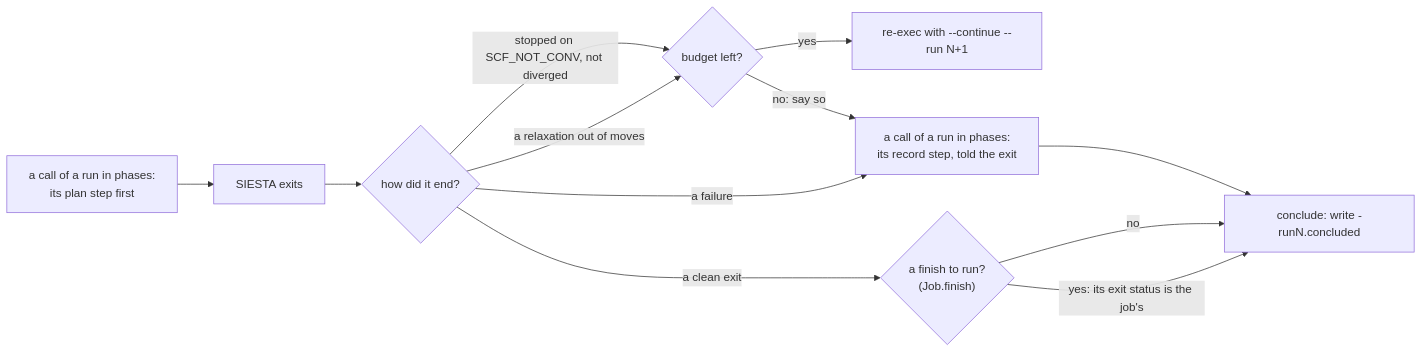
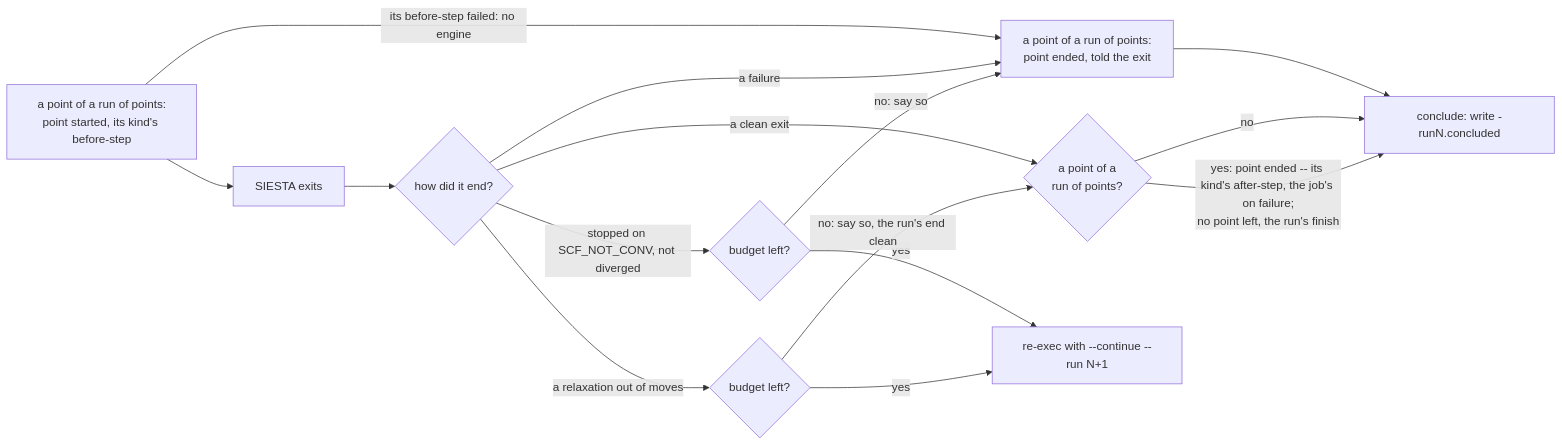
Before and after one commit to Qing-LAB/molbuilder: the second of 6 diagrams in docs/execution/running-a-job.md, drawn with Mermaid. The commit also changed other lines of this file and 55 other files, not shown here.

First line of the commit message:
2.55.0: one run of points

````diff
--- a/docs/execution/running-a-job.md
+++ b/docs/execution/running-a-job.md
@@ -573,14 +576,17 @@
 ```mermaid
 flowchart LR
-    P["a call of a run in phases:<br/>its plan step first"] --> X["SIESTA exits"]
+    P["a point of a run of points:<br/>point started, its kind's before-step"] --> X["SIESTA exits"]
+    P -->|"its before-step failed: no engine"| S
     X --> Q{"how did it end?"}
     Q -->|"stopped on SCF_NOT_CONV, not diverged"| B{"budget left?"}
-    Q -->|"a relaxation out of moves"| B
-    Q -->|"a failure"| S["a call of a run in phases:<br/>its record step, told the exit"]
+    Q -->|"a relaxation out of moves"| B2{"budget left?"}
+    Q -->|"a failure"| S["a point of a run of points:<br/>point ended, told the exit"]
     S --> C["conclude: write -runN.concluded"]
-    Q -->|"a clean exit"| F{"a finish to run?<br/>(Job.finish)"}
+    Q -->|"a clean exit"| F{"a point of a<br/>run of points?"}
     F -->|"no"| C
-    F -->|"yes: its exit status is the job's"| C
+    F -->|"yes: point ended -- its kind's after-step, the job's on failure;<br/>no point left, the run's finish"| C
     B -->|"yes"| R["re-exec with --continue --run N+1"]
     B -->|"no: say so"| S
+    B2 -->|"yes"| R
+    B2 -->|"no: say so, the run's end clean"| F
 ```
````
